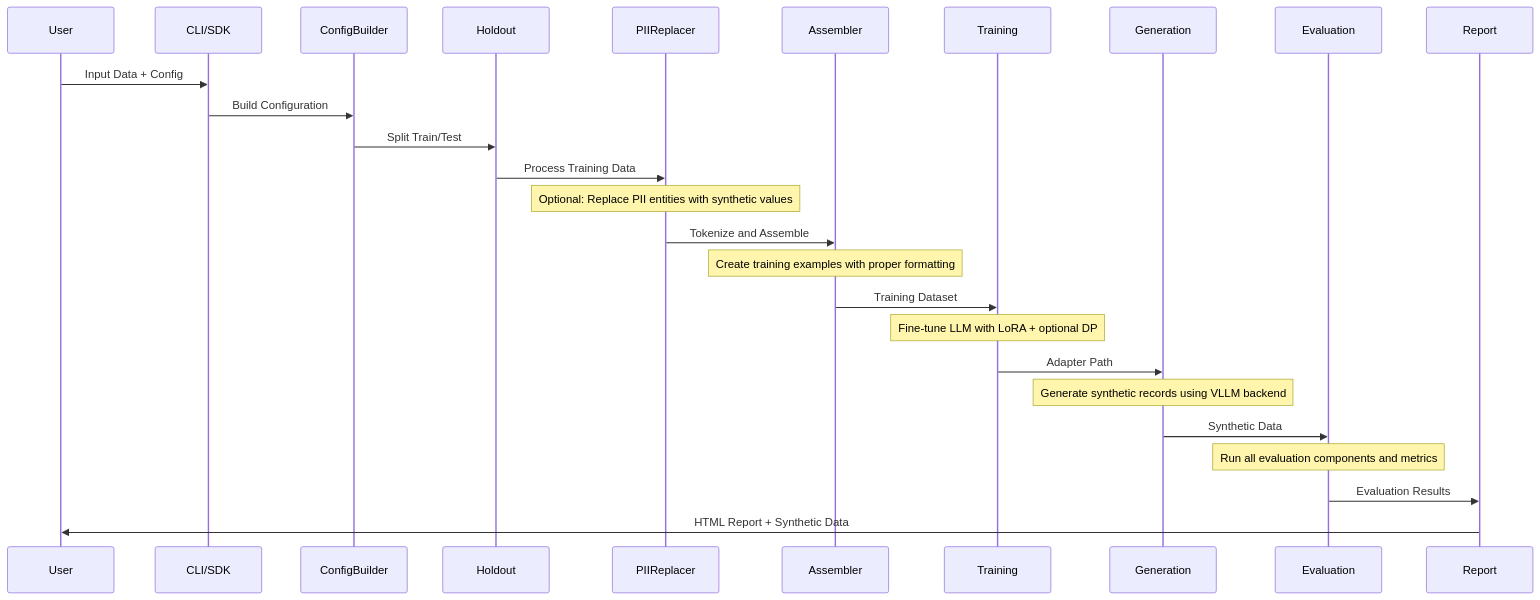
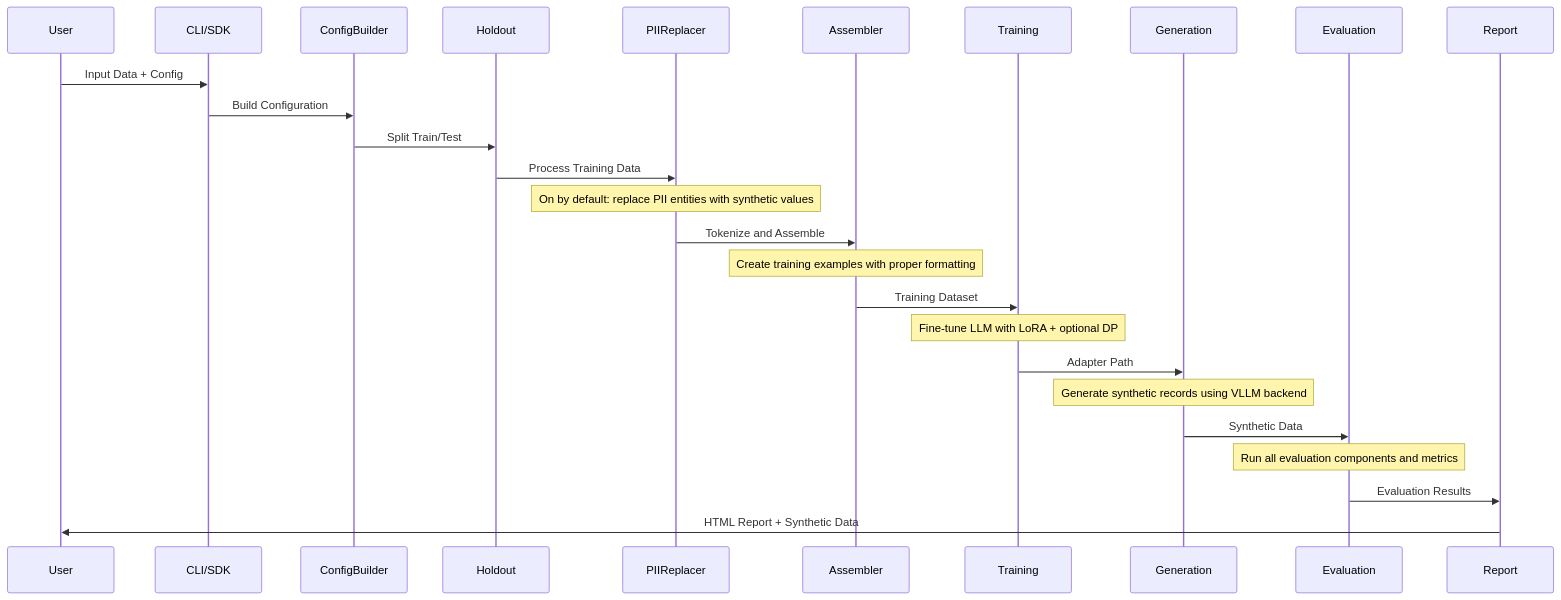
The second of 3 diagrams in docs/developer-guide/architecture.md (NVIDIA-NeMo/Safe-Synthesizer), drawn with Mermaid before and after one commit. The commit also changed other lines of this file and 20 other files, not shown here.

First line of the commit message:
fix: PII replacement on by default in SDK; remove enable_synthesis (#132, #169)

````diff
--- a/docs/developer-guide/architecture.md
+++ b/docs/developer-guide/architecture.md
@@ -142,29 +142,29 @@
 ```mermaid
 sequenceDiagram
     participant User
     participant CLI_SDK as CLI/SDK
     participant ConfigBuilder
     participant Holdout
     participant PIIReplacer
     participant Assembler
     participant Training
     participant Generation
     participant Evaluation
     participant Report
 
     User->>CLI_SDK: Input Data + Config
     CLI_SDK->>ConfigBuilder: Build Configuration
     ConfigBuilder->>Holdout: Split Train/Test
     Holdout->>PIIReplacer: Process Training Data
-    Note over PIIReplacer: Optional: Replace PII entities with synthetic values
+    Note over PIIReplacer: On by default: replace PII entities with synthetic values
     PIIReplacer->>Assembler: Tokenize and Assemble
     Note over Assembler: Create training examples with proper formatting
     Assembler->>Training: Training Dataset
     Note over Training: Fine-tune LLM with LoRA + optional DP
     Training->>Generation: Adapter Path
     Note over Generation: Generate synthetic records using VLLM backend
     Generation->>Evaluation: Synthetic Data
     Note over Evaluation: Run all evaluation components and metrics
     Evaluation->>Report: Evaluation Results
     Report->>User: HTML Report + Synthetic Data
 ```
````
